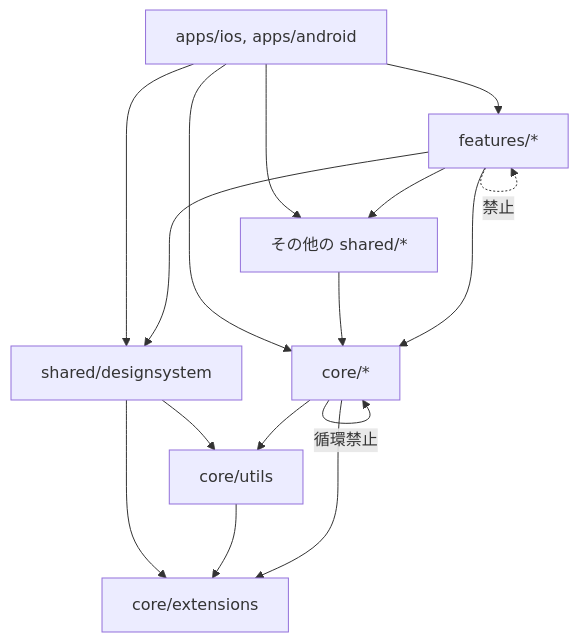
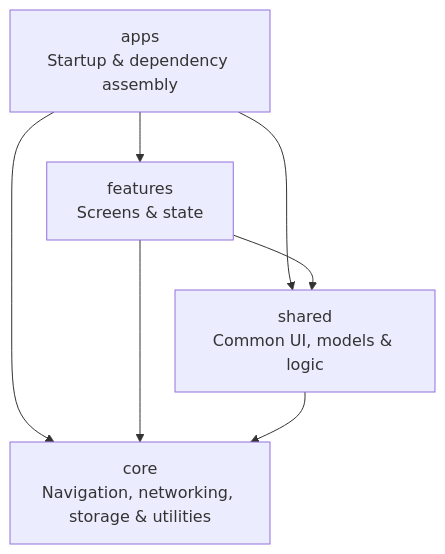
The diagram in README.md (imk1t/native-sync-template), drawn with Mermaid before and after one commit. The commit also changed other lines of this file and 60 other files, not shown here.

````diff
--- a/README.md
+++ b/README.md
@@ -135,18 +40,13 @@
 ```mermaid
 flowchart TD
-    apps["apps/ios, apps/android"] --> features["features/*"]
-    apps --> designsystem["shared/designsystem"]
-    apps --> core["core/*"]
-    apps --> shared["その他の shared/*"]
+    apps["apps<br/>Startup & dependency assembly"]
+    features["features<br/>Screens & state"]
+    shared["shared<br/>Common UI, models & logic"]
+    core["core<br/>Navigation, networking, storage & utilities"]
+    apps --> features
+    apps --> shared
+    apps --> core
     features --> shared
+    features --> core
     shared --> core
-    features --> designsystem
-    features --> core
-    features -.->|禁止| features
-    designsystem --> utils["core/utils"]
-    designsystem --> extensions["core/extensions"]
-    utils --> extensions
-    core --> utils
-    core --> extensions
-    core -->|循環禁止| core
 ```
````
